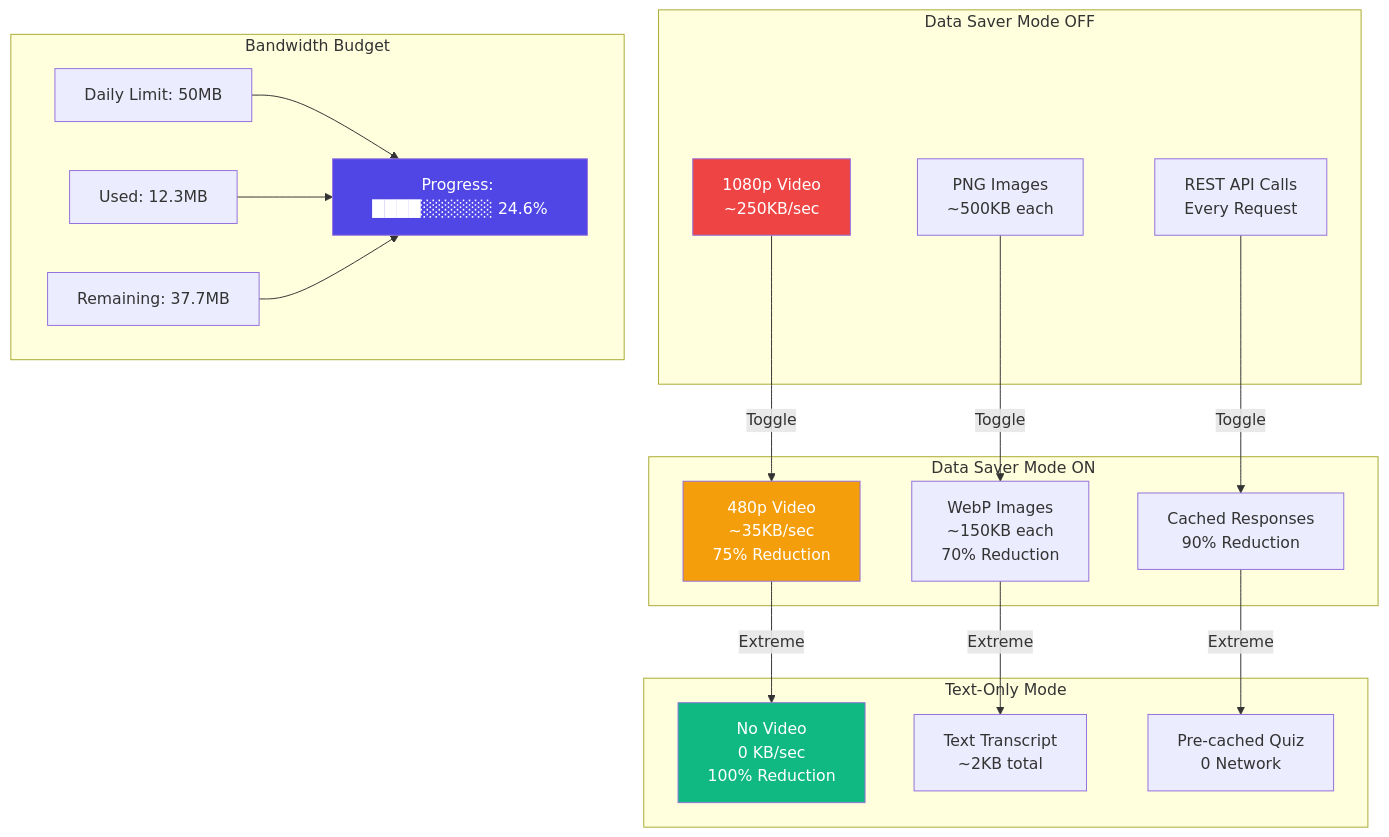
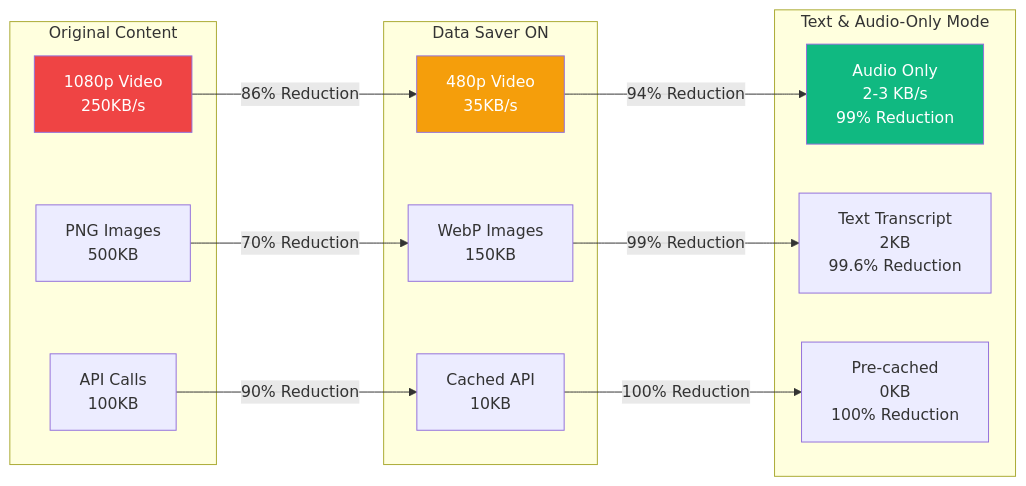
Before and after one commit to kushalkumarj2006/EduSync: the seventh of 15 diagrams in README.md, drawn with Mermaid. The commit also changed other lines of this file, not shown here.

````diff
--- a/README.md
+++ b/README.md
@@ -421,44 +424,32 @@
 ```mermaid
-flowchart TD
-    subgraph "Data Saver Mode OFF"
-        A1[1080p Video<br/>~250KB/sec]
-        A2[PNG Images<br/>~500KB each]
-        A3[REST API Calls<br/>Every Request]
+flowchart LR
+    subgraph "Original Content"
+        O1[1080p Video<br/>250KB/s]
+        O2[PNG Images<br/>500KB]
+        O3[API Calls<br/>100KB]
     end
     
-    subgraph "Data Saver Mode ON"
-        B1[480p Video<br/>~35KB/sec<br/>75% Reduction]
-        B2[WebP Images<br/>~150KB each<br/>70% Reduction]
-        B3[Cached Responses<br/>90% Reduction]
+    subgraph "Data Saver ON"
+        D1[480p Video<br/>35KB/s]
+        D2[WebP Images<br/>150KB]
+        D3[Cached API<br/>10KB]
     end
     
-    subgraph "Text-Only Mode"
-        C1[No Video<br/>0 KB/sec<br/>100% Reduction]
-        C2[Text Transcript<br/>~2KB total]
-        C3[Pre-cached Quiz<br/>0 Network]
+    subgraph "Text & Audio-Only Mode"
+        T1[Audio Only<br/>2-3 KB/s<br/>99% Reduction]
+        T2[Text Transcript<br/>2KB<br/>99.6% Reduction]
+        T3[Pre-cached<br/>0KB<br/>100% Reduction]
     end
     
-    subgraph "Bandwidth Budget"
-        D1[Daily Limit: 50MB]
-        D2[Used: 12.3MB]
-        D3[Remaining: 37.7MB]
-        D4[Progress: ████░░░░░░ 24.6%]
-    end
+    O1 -->|86% Reduction| D1
+    O2 -->|70% Reduction| D2
+    O3 -->|90% Reduction| D3
     
-    A1 -->|Toggle| B1
-    A2 -->|Toggle| B2
-    A3 -->|Toggle| B3
+    D1 -->|94% Reduction| T1
+    D2 -->|99% Reduction| T2
+    D3 -->|100% Reduction| T3
     
-    B1 -->|Extreme| C1
-    B2 -->|Extreme| C2
-    B3 -->|Extreme| C3
-    
-    D1 --> D4
-    D2 --> D4
-    D3 --> D4
-    
-    style A1 fill:#EF4444,color:#fff
-    style B1 fill:#F59E0B,color:#fff
-    style C1 fill:#10B981,color:#fff
-    style D4 fill:#4F46E5,color:#fff
+    style O1 fill:#EF4444,color:#fff
+    style D1 fill:#F59E0B,color:#fff
+    style T1 fill:#10B981,color:#fff
 ```
````
